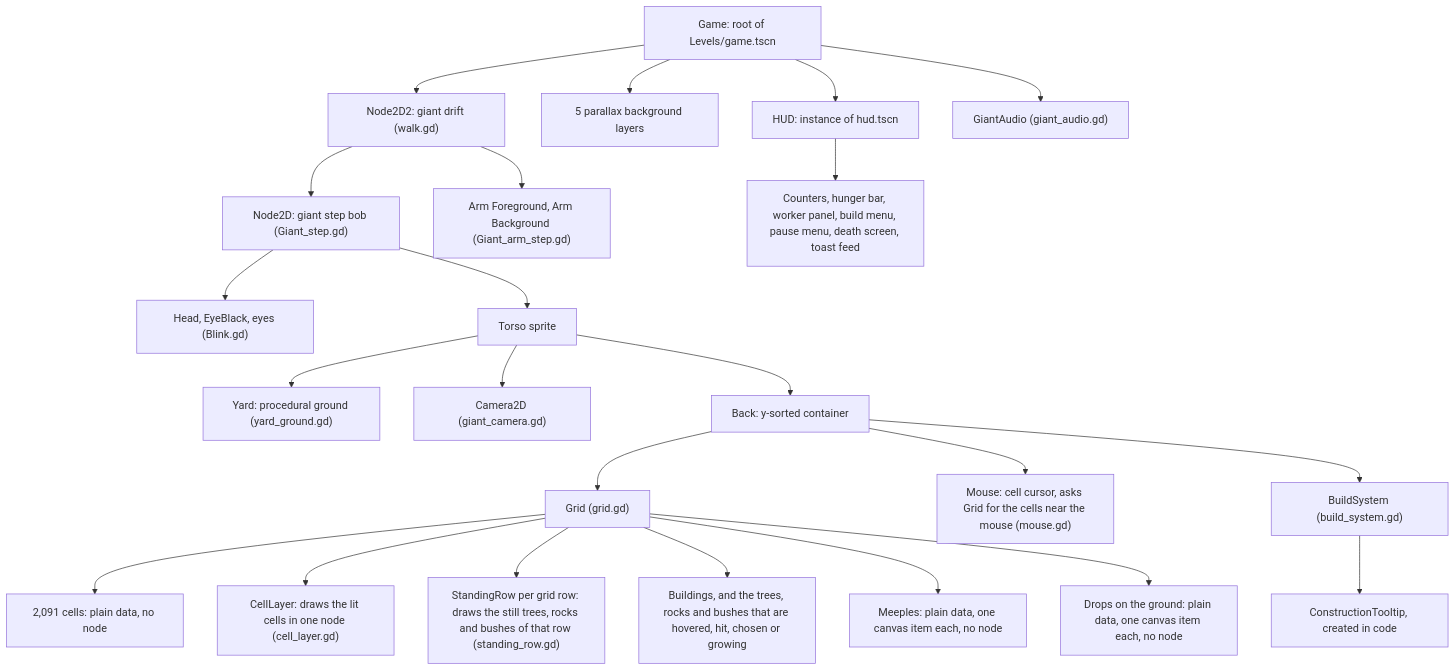
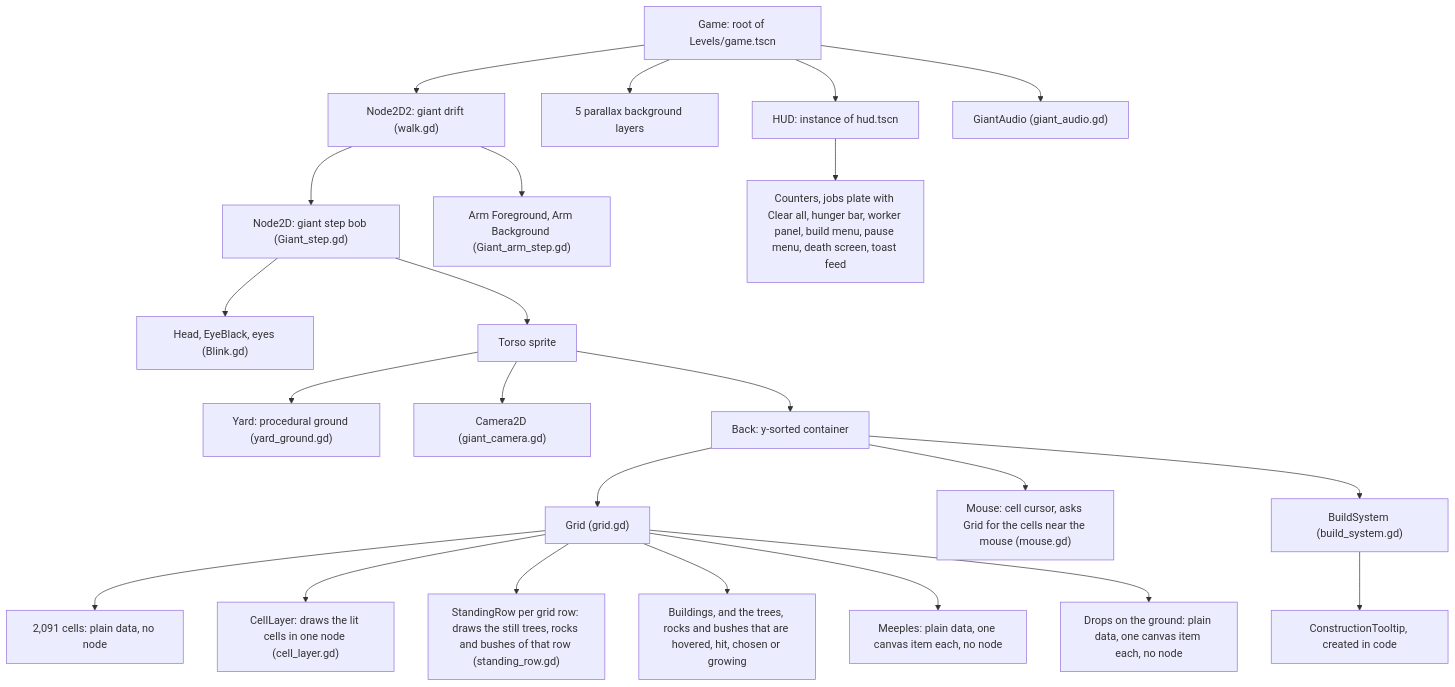
Before and after one commit to Liam-M-Mays/game-jam-2026: the third of 11 diagrams in docs/architecture.md, drawn with Mermaid. The commit also changed other lines of this file and 9 other files, not shown here.

Commit message:
Make the docs match the rework: architecture, CI, plan, contributing, art folders and the UI guide (#123)

````diff
--- a/docs/architecture.md
+++ b/docs/architecture.md
@@ -135,49 +136,49 @@
 ```mermaid
 flowchart TD
     game["Game: root of Levels/game.tscn"]
     walk["Node2D2: giant drift (walk.gd)"]
     step["Node2D: giant step bob (Giant_step.gd)"]
     head["Head, EyeBlack, eyes (Blink.gd)"]
     arms["Arm Foreground, Arm Background (Giant_arm_step.gd)"]
     torso["Torso sprite"]
     yard["Yard: procedural ground (yard_ground.gd)"]
     camera["Camera2D (giant_camera.gd)"]
     back["Back: y-sorted container"]
     grid["Grid (grid.gd)"]
     cells["2,091 cells: plain data, no node"]
     cellLayer["CellLayer: draws the lit cells in one node (cell_layer.gd)"]
     rows["StandingRow per grid row: draws the still trees, rocks and bushes of that row (standing_row.gd)"]
     objects["Buildings, and the trees, rocks and bushes that are hovered, hit, chosen or growing"]
     meeples["Meeples: plain data, one canvas item each, no node"]
     drops["Drops on the ground: plain data, one canvas item each, no node"]
     cursor["Mouse: cell cursor, asks Grid for the cells near the mouse (mouse.gd)"]
     buildSystem["BuildSystem (build_system.gd)"]
     tooltip["ConstructionTooltip, created in code"]
     parallax["5 parallax background layers"]
     hud["HUD: instance of hud.tscn"]
-    hudKids["Counters, hunger bar, worker panel, build menu, pause menu, death screen, toast feed"]
+    hudKids["Counters, jobs plate with Clear all, hunger bar, worker panel, build menu, pause menu, death screen, toast feed"]
     giantAudio["GiantAudio (giant_audio.gd)"]
 
     game --> walk
     walk --> step
     walk --> arms
     step --> head
     step --> torso
     torso --> yard
     torso --> camera
     torso --> back
     back --> grid
     back --> cursor
     back --> buildSystem
     grid --> cells
     grid --> cellLayer
     grid --> rows
     grid --> objects
     grid --> meeples
     grid --> drops
     buildSystem --> tooltip
     game --> parallax
     game --> hud
     hud --> hudKids
     game --> giantAudio
 ```
````
